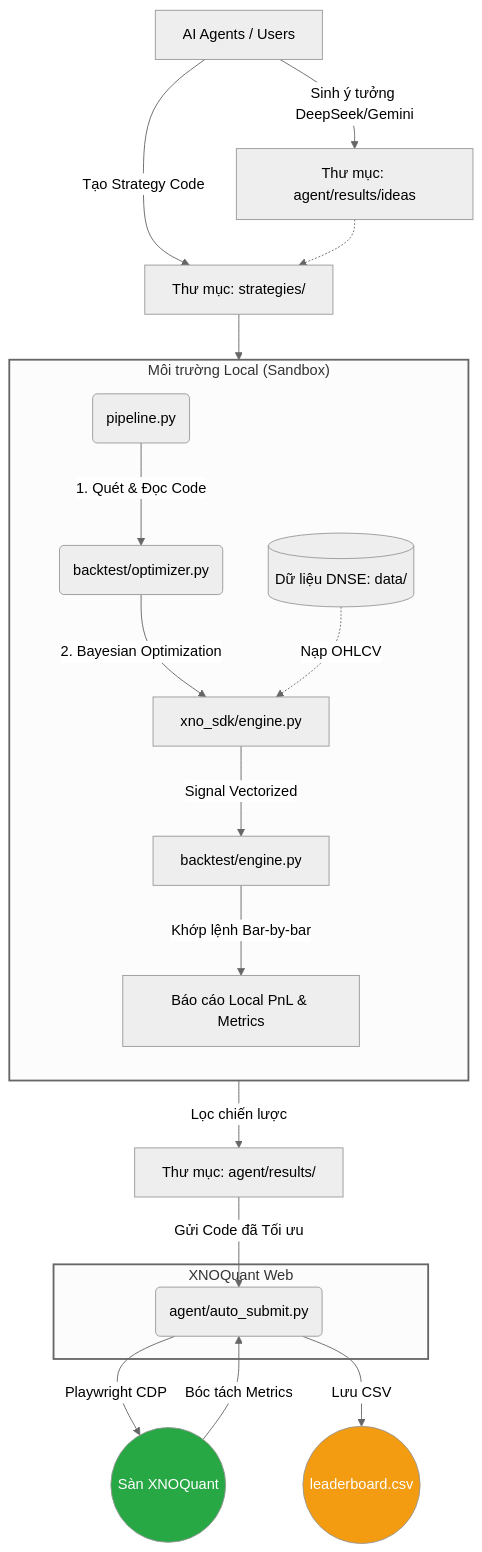
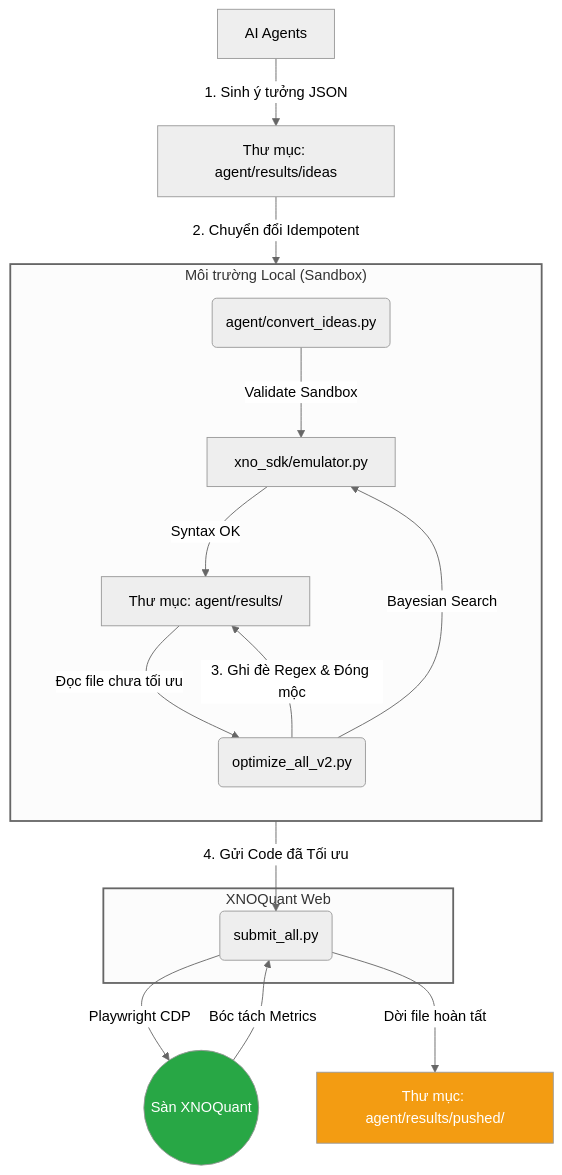
Before and after one commit to NguyenTrungAnh-ultra/alpha_farm: the diagram in README.md, drawn with Mermaid (neutral theme). The commit also changed 20 other files, not shown here.

Commit message:
refactor: replace legacy testing scripts with new xno_sdk and organized agent/backtest infrastructure

````diff
--- a/README.md
+++ b/README.md
@@ -9,34 +9,29 @@
 ```mermaid
 graph TD
-    subagent[AI Agents / Users] -->|Tạo Strategy Code| strats[Thư mục: strategies/]
-    subagent -->|Sinh ý tưởng DeepSeek/Gemini| agent_ideas[Thư mục: agent/results/ideas]
-    strats --> pipe(pipeline.py)
-    agent_ideas -.-> strats
-
+    subagent[AI Agents] -->|1. Sinh ý tưởng JSON| agent_ideas[Thư mục: agent/results/ideas]
+    agent_ideas -->|2. Chuyển đổi Idempotent| convert(agent/convert_ideas.py)
+    
     subgraph Local_Environment ["Môi trường Local (Sandbox)"]
         direction TB
-        pipe -->|1. Quét & Đọc Code| opt(backtest/optimizer.py)
-        opt -->|2. Bayesian Optimization| xno_sdk[xno_sdk/engine.py]
-
-        xno_sdk -->|Signal Vectorized| bt_engine[backtest/engine.py]
-        bt_engine -->|Khớp lệnh Bar-by-bar| report[Báo cáo Local PnL & Metrics]
-
-        data[(Dữ liệu DNSE: data/)] -.->|Nạp OHLCV| xno_sdk
+        convert -->|Validate Sandbox| xno_emu[xno_sdk/emulator.py]
+        xno_emu -->|Syntax OK| agent_res[Thư mục: agent/results/]
+        
+        agent_res -->|Đọc file chưa tối ưu| opt(optimize_all_v2.py)
+        opt -->|Bayesian Search| xno_emu
+        opt -->|3. Ghi đè Regex & Đóng mộc| agent_res
     end
 
-    report -->|Lọc chiến lược| agent_res[Thư mục: agent/results/]
-
     subgraph Web_Environment ["XNOQuant Web"]
-        auto_sub(agent/auto_submit.py)
+        auto_sub(submit_all.py)
     end
 
-    agent_res -->|Gửi Code đã Tối ưu| auto_sub
+    agent_res -->|4. Gửi Code đã Tối ưu| auto_sub
     auto_sub -->|Playwright CDP| xno_web((Sàn XNOQuant))
     xno_web -->|Bóc tách Metrics| auto_sub
-    auto_sub -->|Lưu CSV| leaderboard((leaderboard.csv))
+    auto_sub -->|Dời file hoàn tất| pushed[Thư mục: agent/results/pushed/]
 
     style Local_Environment stroke:#666,stroke-width:2px
     style Web_Environment stroke:#666,stroke-width:2px
     style xno_web fill:#28a745,color:#fff
-    style leaderboard fill:#f39c12,color:#fff
+    style pushed fill:#f39c12,color:#fff
 ```
````
